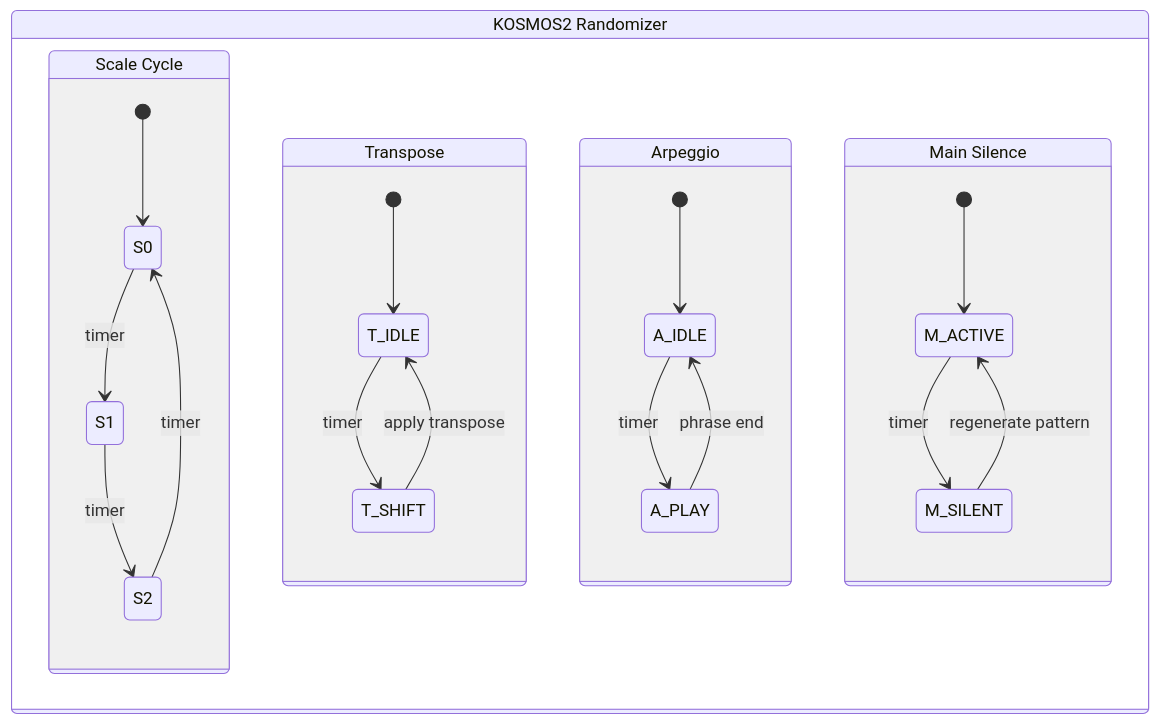
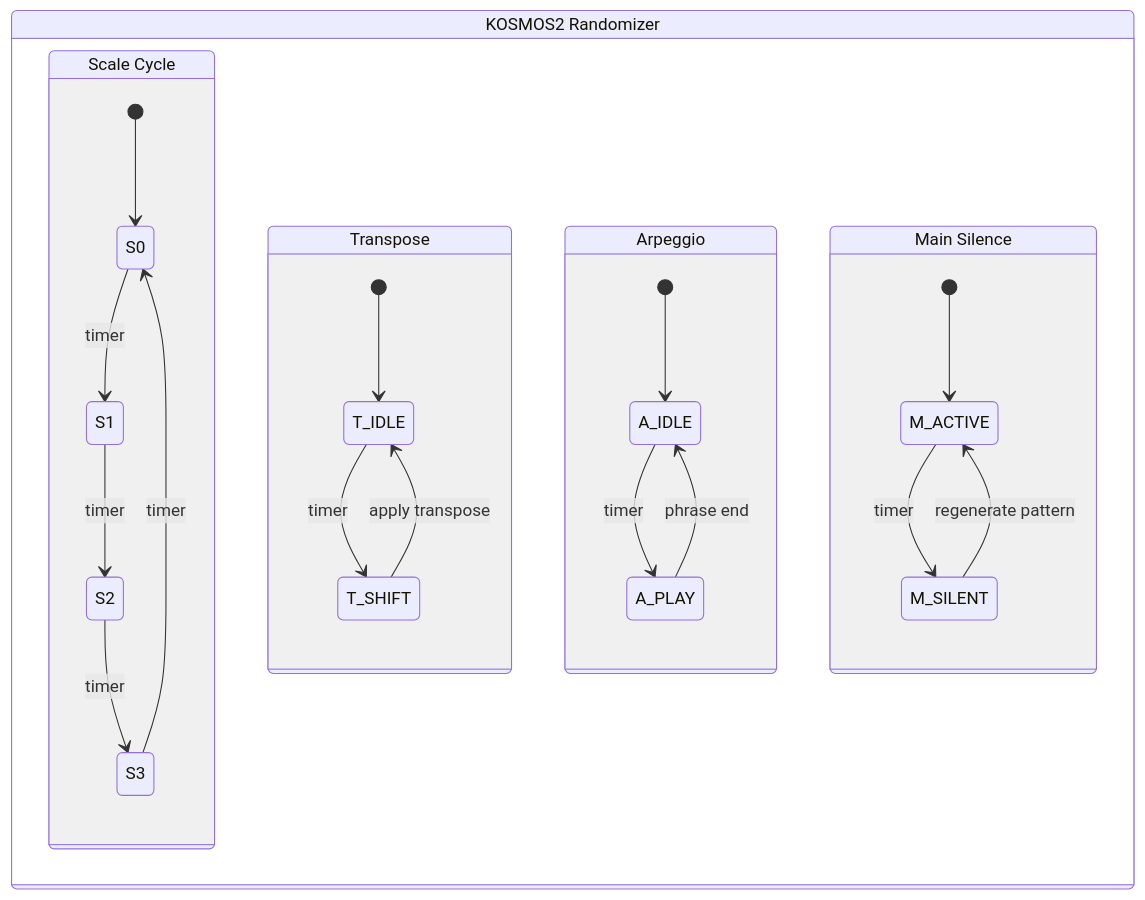
One commit to plantssystem/KOSMOS2 changed the second of 2 diagrams in README.md. Above: the diagram before and after it, drawn with Mermaid.

````diff
--- a/README.md
+++ b/README.md
@@ -132,47 +132,48 @@
 ```mermaid
 stateDiagram-v2
     direction LR
 
     %% ============================================================
     %% ランダマイザは4つの独立した並列状態で構成される
     %% ============================================================
     state "KOSMOS2 Randomizer" as RANDOMIZER {
         
         %% -------------------------
         %% 1. Scale Auto-Cycle
         %% -------------------------
         state "Scale Cycle" as SCALE {
             [*] --> S0
             S0 --> S1 : timer
             S1 --> S2 : timer
-            S2 --> S0 : timer
+            S2 --> S3 : timer
+            S3 --> S0 : timer
         }
 
         %% -------------------------
         %% 2. Auto Transpose
         %% -------------------------
         state "Transpose" as TRANS {
             [*] --> T_IDLE
             T_IDLE --> T_SHIFT : timer
             T_SHIFT --> T_IDLE : apply transpose
         }
 
         %% -------------------------
         %% 3. Auto Arpeggio Insert
         %% -------------------------
         state "Arpeggio" as ARP {
             [*] --> A_IDLE
             A_IDLE --> A_PLAY : timer
             A_PLAY --> A_IDLE : phrase end
         }
 
         %% -------------------------
         %% 4. Main Silence (A-part)
         %% -------------------------
         state "Main Silence" as SIL {
             [*] --> M_ACTIVE
             M_ACTIVE --> M_SILENT : timer
             M_SILENT --> M_ACTIVE : regenerate pattern
         }
     }
 ```
````
